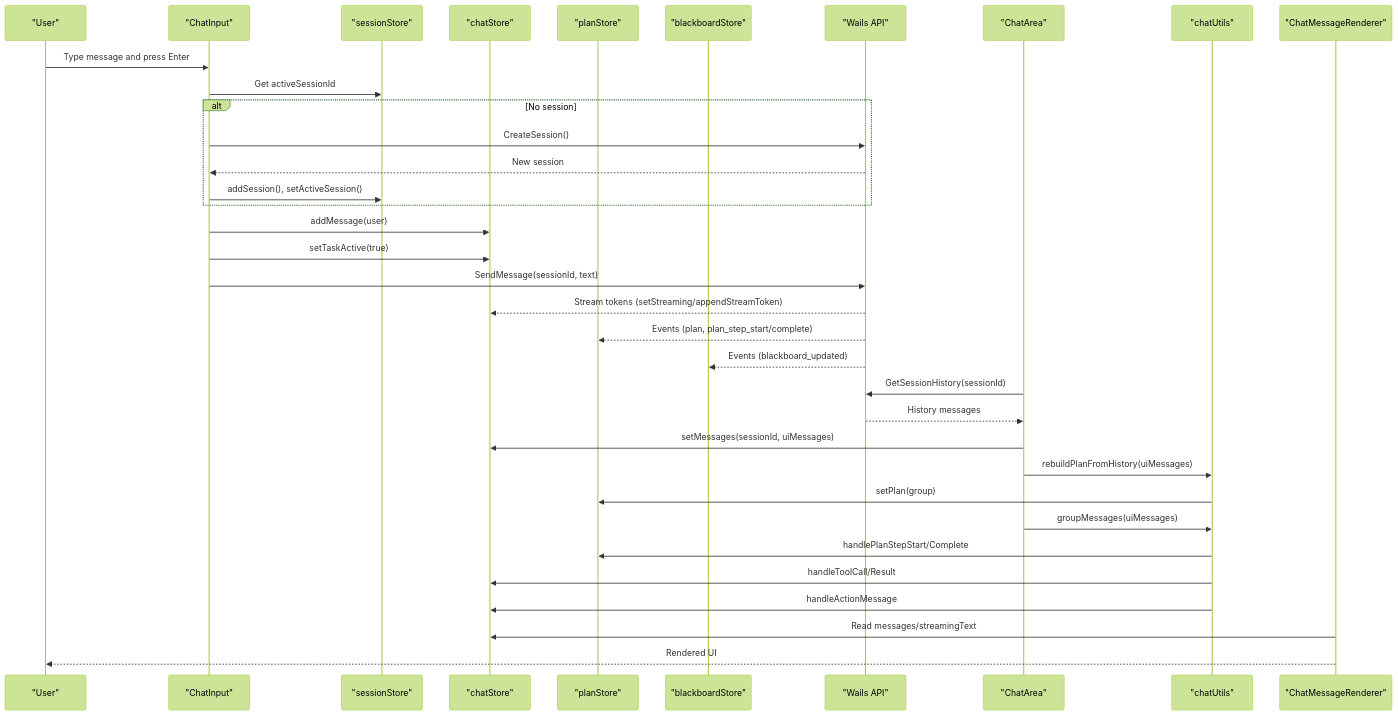
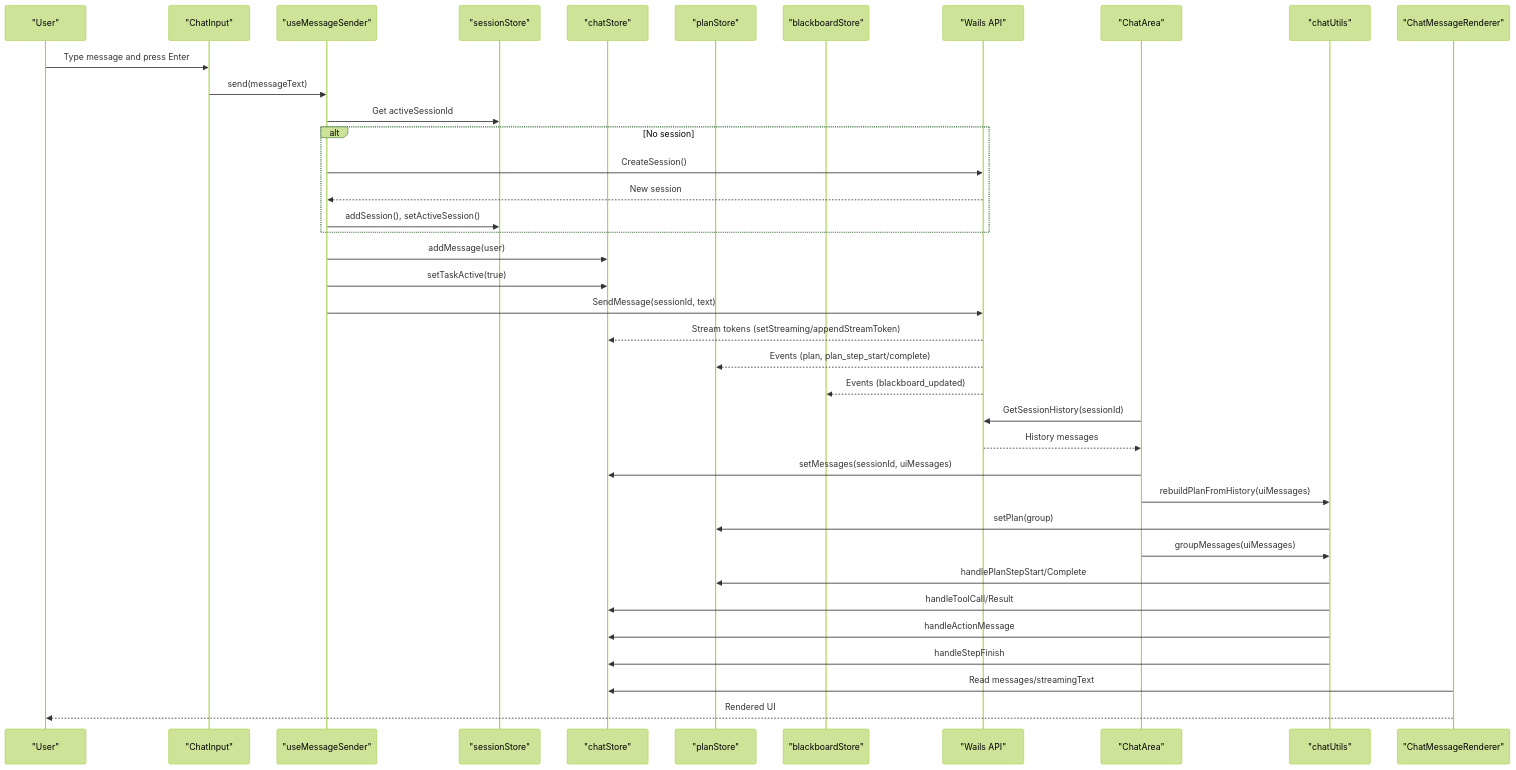
The second of 17 diagrams in .qoder/repowiki/en/content/Frontend Application/UI Components/Chat Interface Components.md (v0lka/c0wrk), drawn with Mermaid (forest theme) before and after one commit. The commit also changed other lines of this file and 35 other files, not shown here.

````diff
--- a/.qoder/repowiki/en/content/Frontend Application/UI Components/Chat Interface Components.md
+++ b/.qoder/repowiki/en/content/Frontend Application/UI Components/Chat Interface Components.md
@@ -211,37 +233,40 @@
 ```mermaid
 sequenceDiagram
 participant User as "User"
 participant Input as "ChatInput"
+participant Sender as "useMessageSender"
 participant Session as "sessionStore"
 participant Chat as "chatStore"
 participant Plan as "planStore"
 participant Blackboard as "blackboardStore"
 participant Backend as "Wails API"
 participant Area as "ChatArea"
 participant Utils as "chatUtils"
 participant Renderer as "ChatMessageRenderer"
 User->>Input : Type message and press Enter
-Input->>Session : Get activeSessionId
+Input->>Sender : send(messageText)
+Sender->>Session : Get activeSessionId
 alt No session
-Input->>Backend : CreateSession()
-Backend-->>Input : New session
-Input->>Session : addSession(), setActiveSession()
+Sender->>Backend : CreateSession()
+Backend-->>Sender : New session
+Sender->>Session : addSession(), setActiveSession()
 end
-Input->>Chat : addMessage(user)
-Input->>Chat : setTaskActive(true)
-Input->>Backend : SendMessage(sessionId, text)
+Sender->>Chat : addMessage(user)
+Sender->>Chat : setTaskActive(true)
+Sender->>Backend : SendMessage(sessionId, text)
 Backend-->>Chat : Stream tokens (setStreaming/appendStreamToken)
 Backend-->>Plan : Events (plan, plan_step_start/complete)
 Backend-->>Blackboard : Events (blackboard_updated)
 Area->>Backend : GetSessionHistory(sessionId)
 Backend-->>Area : History messages
 Area->>Chat : setMessages(sessionId, uiMessages)
 Area->>Utils : rebuildPlanFromHistory(uiMessages)
 Utils->>Plan : setPlan(group)
 Area->>Utils : groupMessages(uiMessages)
 Utils->>Plan : handlePlanStepStart/Complete
 Utils->>Chat : handleToolCall/Result
 Utils->>Chat : handleActionMessage
+Utils->>Chat : handleStepFinish
 Renderer->>Chat : Read messages/streamingText
 Renderer-->>User : Rendered UI
 ```
````
